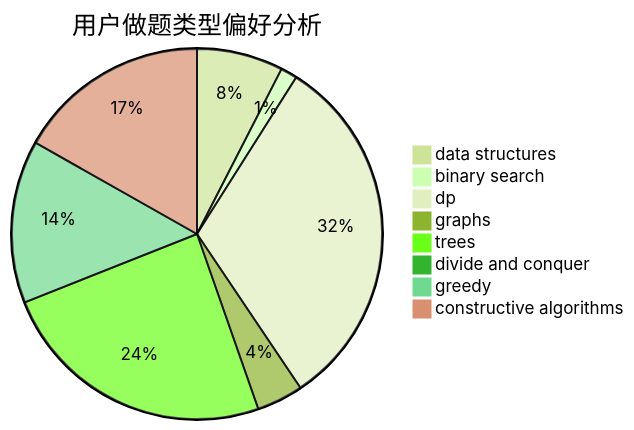
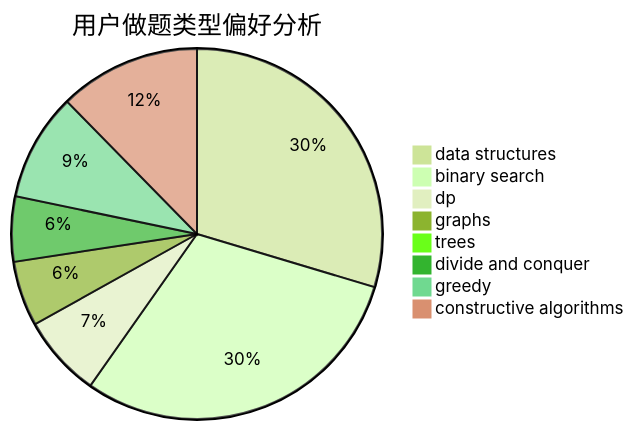
The second of 3 diagrams in docs/user/u2592.md (sherpahu/cfrs.github.io), drawn with Mermaid (forest theme) before and after one commit. The commit also changed other lines of this file and 2770 other files, not shown here.

````diff
--- a/docs/user/u2592.md
+++ b/docs/user/u2592.md
@@ -23,11 +23,11 @@
 ```mermaid
 pie title 用户做题类型偏好分析
-    "data structures" :  26
-    "binary search" :  5
-    "dp" :  109
-    "graphs" :  14
-    "trees" :  84
-    "divide and conquer" :  0
-    "greedy" :  49
-    "constructive algorithms" :  58
+    "data structures" :  120
+    "binary search" :  122
+    "dp" :  29
+    "graphs" :  23
+    "trees" :  0
+    "divide and conquer" :  23
+    "greedy" :  38
+    "constructive algorithms" :  50
 ```
````
